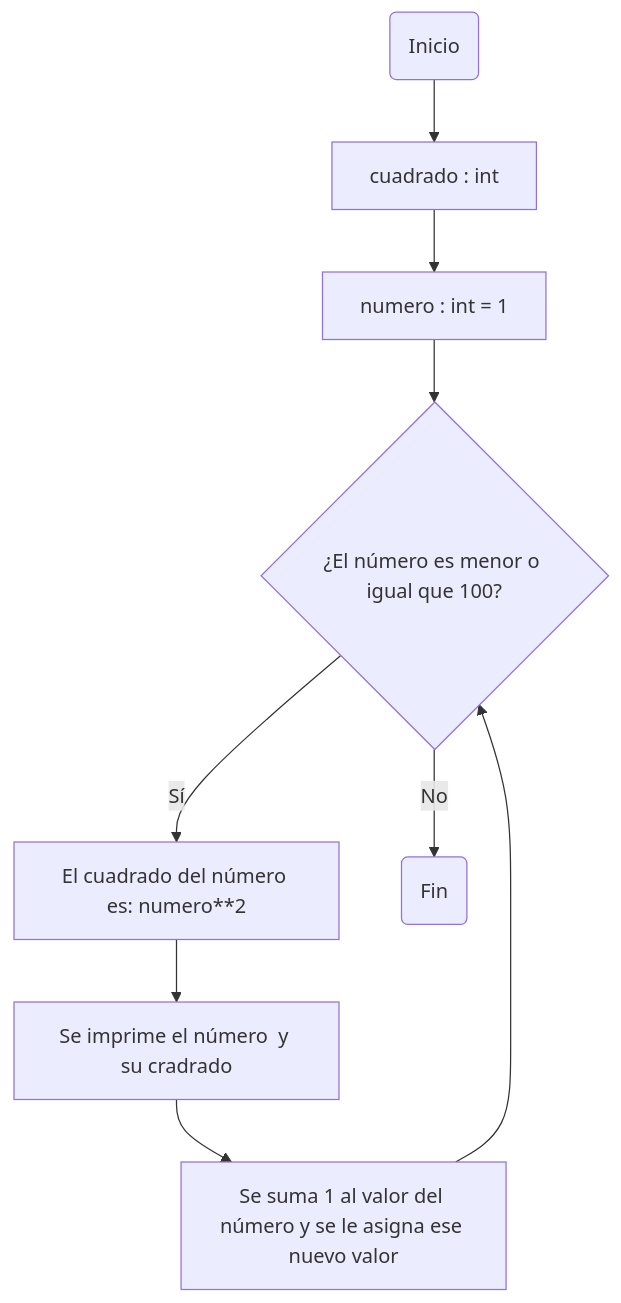
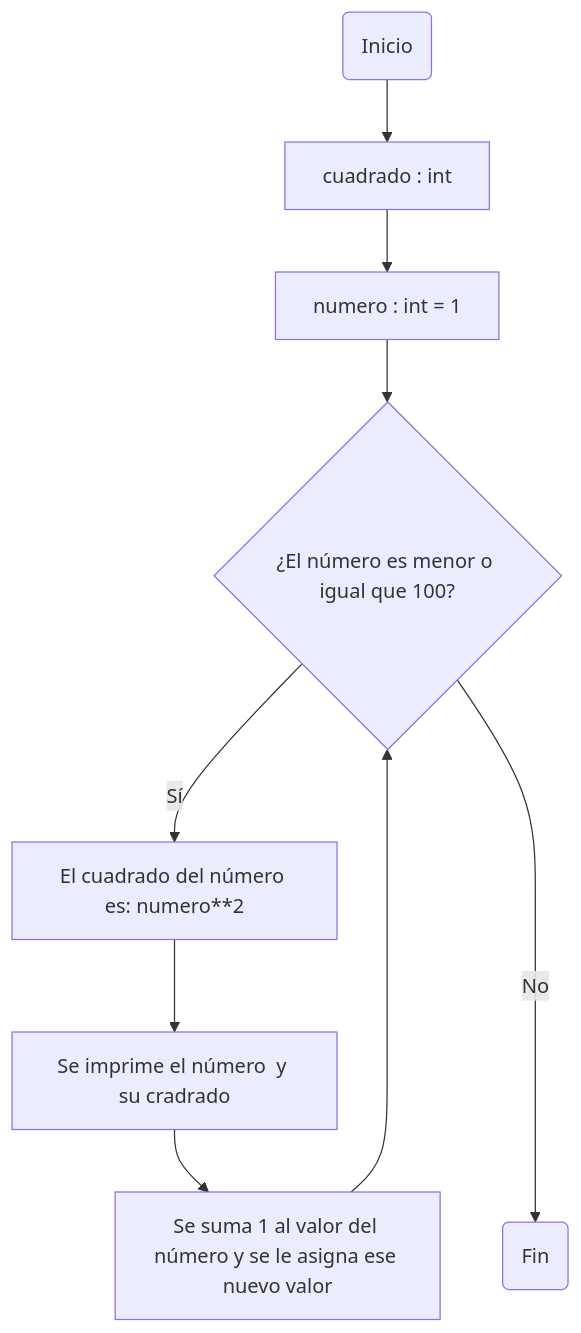
The first of 3 diagrams in README.md (JuanJoToAl/Reto7), drawn with Mermaid before and after one commit. The commit also changed other lines of this file, not shown here.

````diff
--- a/README.md
+++ b/README.md
@@ -20,11 +20,11 @@
 ```mermaid
 flowchart TD
     A(Inicio) --> B[cuadrado : int];
     B-->C;
     C[numero : int = 1] --> D{¿El número es menor o igual que 100?}-- Sí -->E[El cuadrado del número es: numero**2];
     E --> F;
     F[Se imprime el número  y su cradrado] -->G[Se suma 1 al valor del número y se le asigna ese nuevo valor];
     G-->D;
-    D-- No -->I;
+    D-- No ---->I;
     I(Fin);
 ```
````
